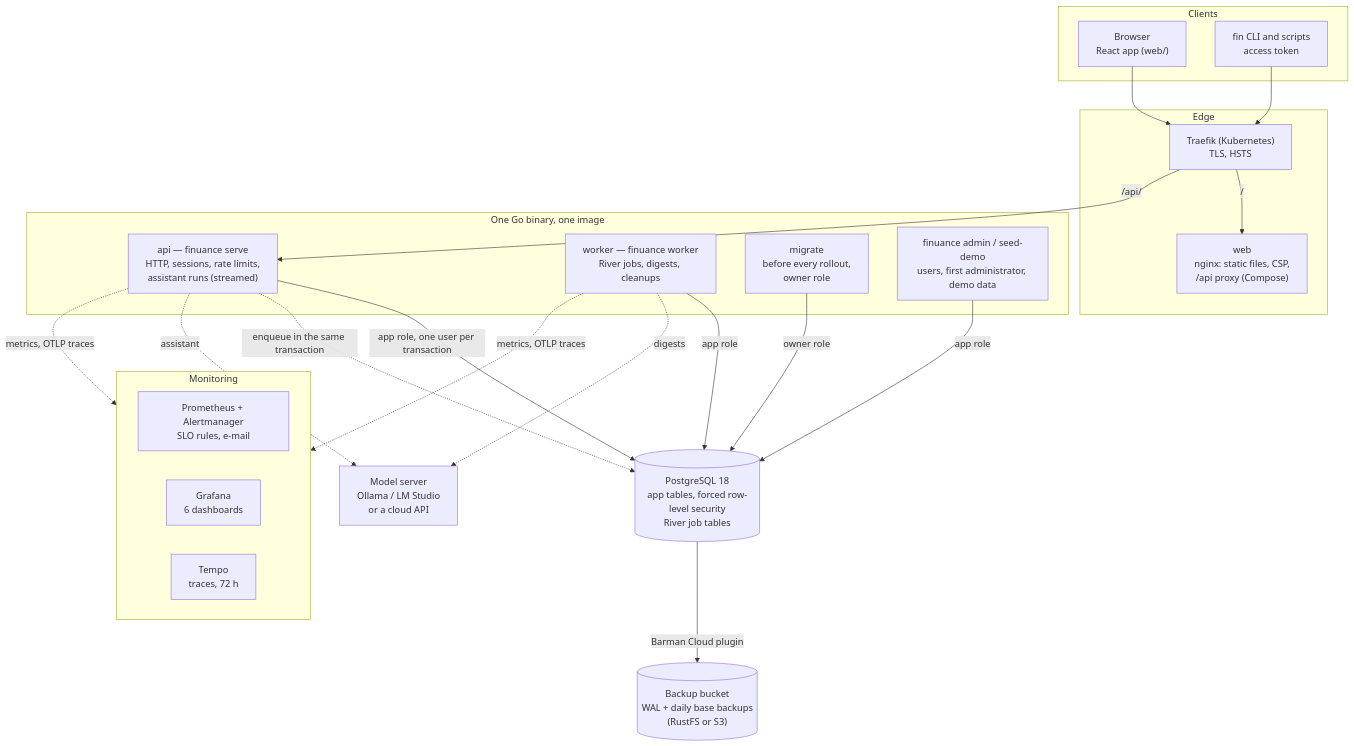
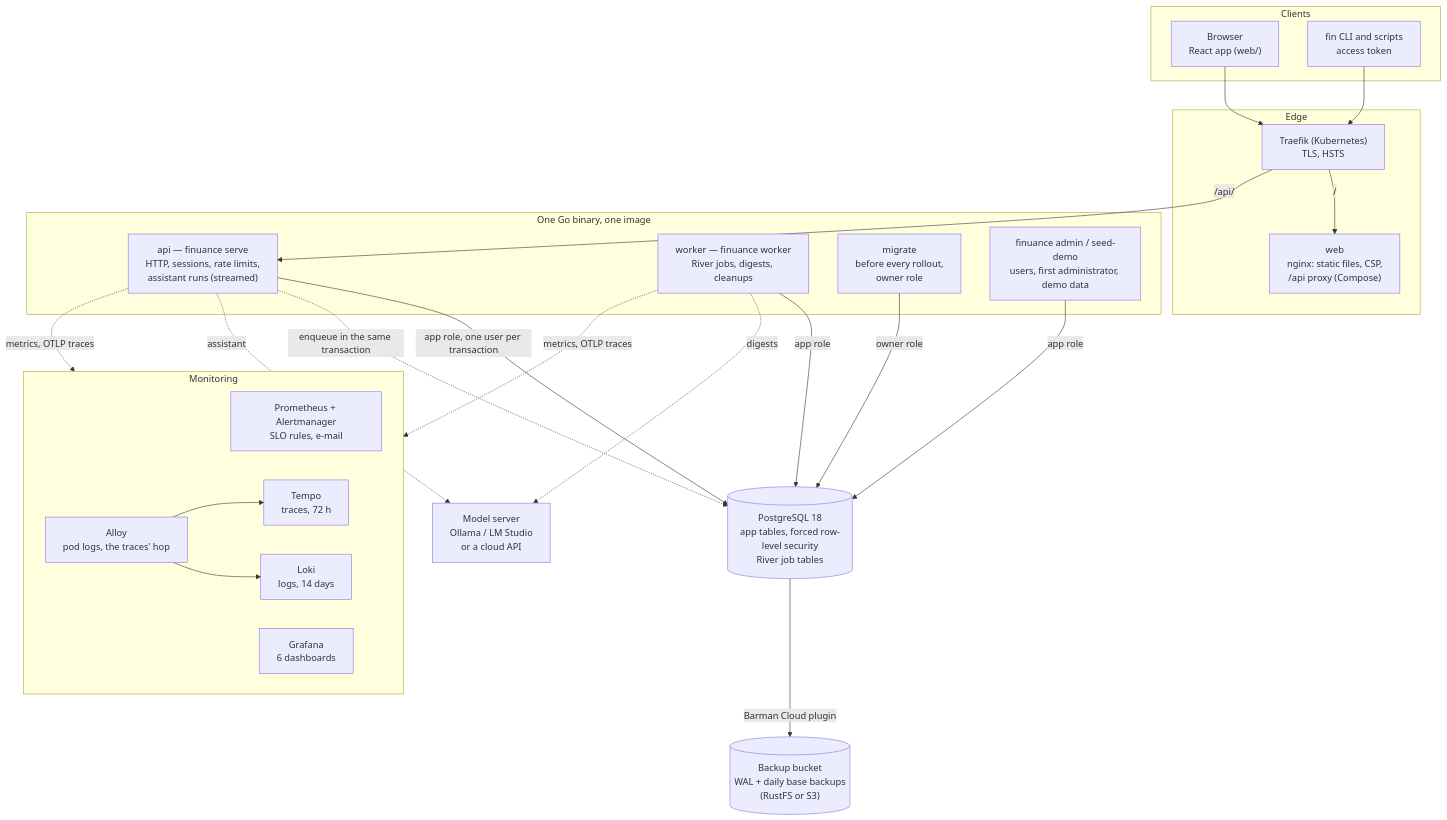
The first of 3 diagrams in docs/COMPONENTS.md (x2db736ac85h/Finuance), drawn with Mermaid before and after one commit. The commit also changed other lines of this file and 52 other files, not shown here.

First line of the commit message:
feat: logs collected in Loki through Alloy, traces through Alloy (24.6), the profiling value (24.9)

````diff
--- a/docs/COMPONENTS.md
+++ b/docs/COMPONENTS.md
@@ -7,44 +7,48 @@
 ```mermaid
 flowchart TB
     subgraph clients["Clients"]
         spa["Browser<br/>React app (web/)"]
         cli["fin CLI and scripts<br/>access token"]
     end
 
     subgraph edge["Edge"]
         ingress["Traefik (Kubernetes)<br/>TLS, HSTS"]
         web["web<br/>nginx: static files, CSP,<br/>/api proxy (Compose)"]
     end
 
     subgraph app["One Go binary, one image"]
         api["api — finuance serve<br/>HTTP, sessions, rate limits,<br/>assistant runs (streamed)"]
         worker["worker — finuance worker<br/>River jobs, digests, cleanups"]
         migrate["migrate<br/>before every rollout,<br/>owner role"]
         admincli["finuance admin / seed-demo<br/>users, first administrator, demo data"]
     end
 
     pg[("PostgreSQL 18<br/>app tables, forced row-level security<br/>River job tables")]
     backup[("Backup bucket<br/>WAL + daily base backups<br/>(RustFS or S3)")]
     llm["Model server<br/>Ollama / LM Studio<br/>or a cloud API"]
 
     subgraph obs["Monitoring"]
         prom["Prometheus + Alertmanager<br/>SLO rules, e-mail"]
         graf["Grafana<br/>6 dashboards"]
         tempo["Tempo<br/>traces, 72 h"]
+        alloy["Alloy<br/>pod logs, the traces' hop"]
+        loki["Loki<br/>logs, 14 days"]
     end
 
     spa --> ingress
     cli --> ingress
     ingress -- "/" --> web
     ingress -- "/api/" --> api
     api -- "app role, one user per transaction" --> pg
     worker -- "app role" --> pg
     migrate -- "owner role" --> pg
     admincli -- "app role" --> pg
     api -. "enqueue in the same transaction" .-> pg
     pg -- "Barman Cloud plugin" --> backup
     api -. "assistant" .-> llm
     worker -. "digests" .-> llm
     api -. "metrics, OTLP traces" .-> obs
     worker -. "metrics, OTLP traces" .-> obs
+    alloy --> tempo
+    alloy --> loki
 ```
````
